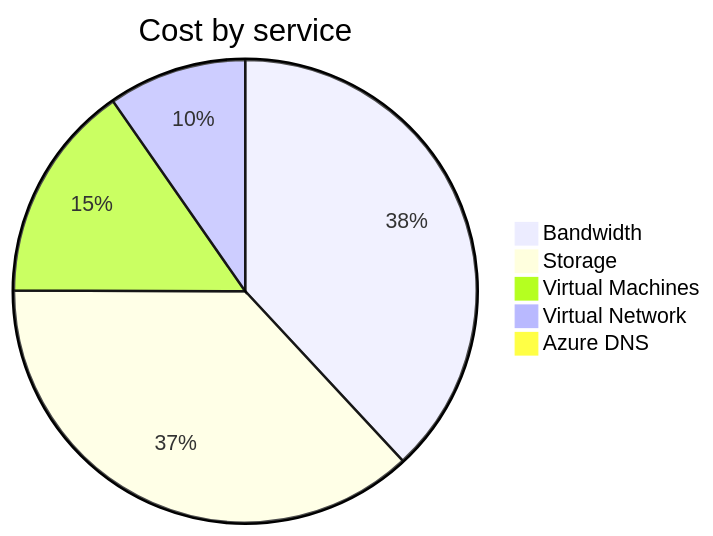
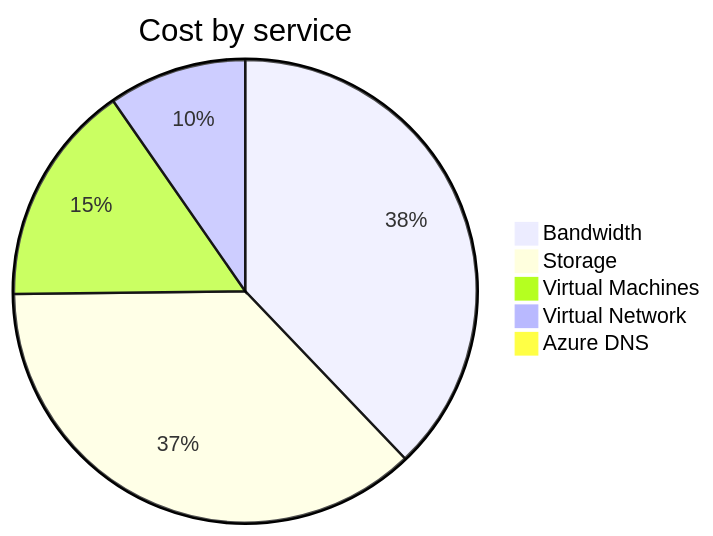
The second of 4 diagrams in cost-reports/personal-network/README.md (jpfulton/azure-personal-reports), drawn with Mermaid before and after one commit. The commit also changed other lines of this file and 8 other files, not shown here.

````diff
--- a/cost-reports/personal-network/README.md
+++ b/cost-reports/personal-network/README.md
@@ -95,9 +95,9 @@
 ```mermaid
 pie
    title Cost by service
-   "Bandwidth" : 3.74
-   "Storage" : 3.63
-   "Virtual Machines" : 1.50
-   "Virtual Network" : 0.95
-   "Azure DNS" : 0.06
+   "Bandwidth" : 4.51
+   "Storage" : 4.40
+   "Virtual Machines" : 1.85
+   "Virtual Network" : 1.15
+   "Azure DNS" : 0.08
 ```
````
